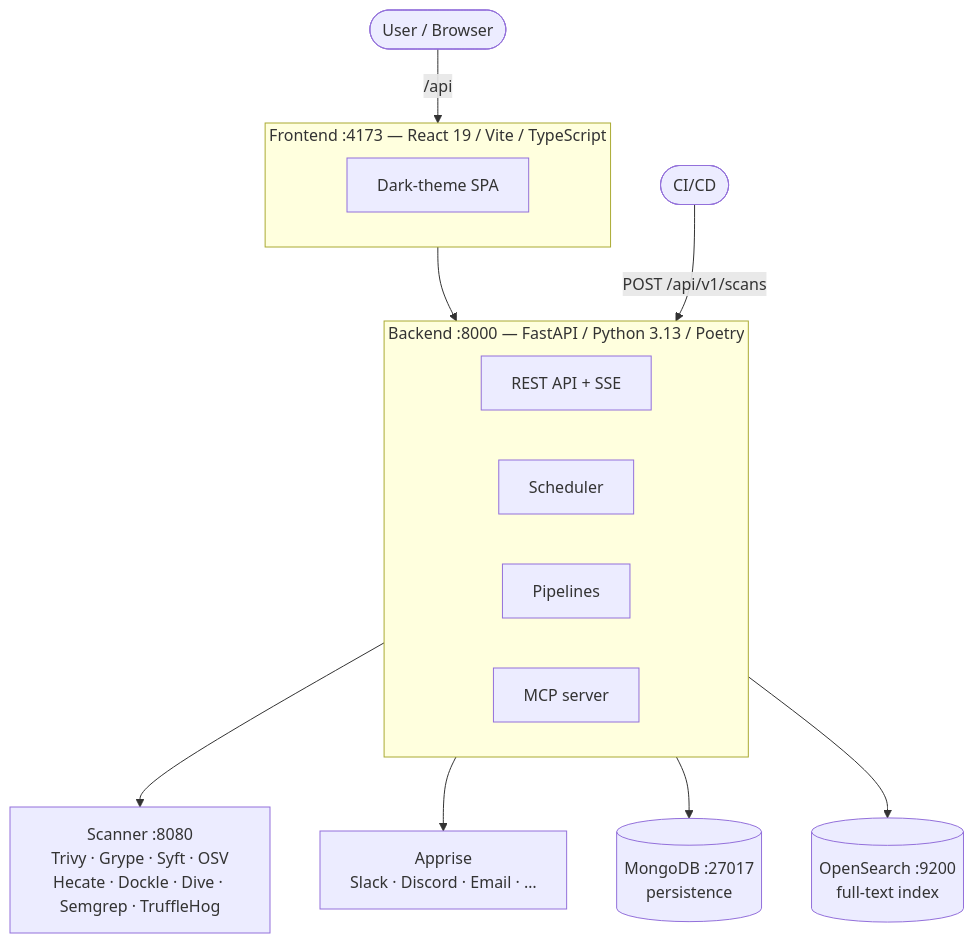
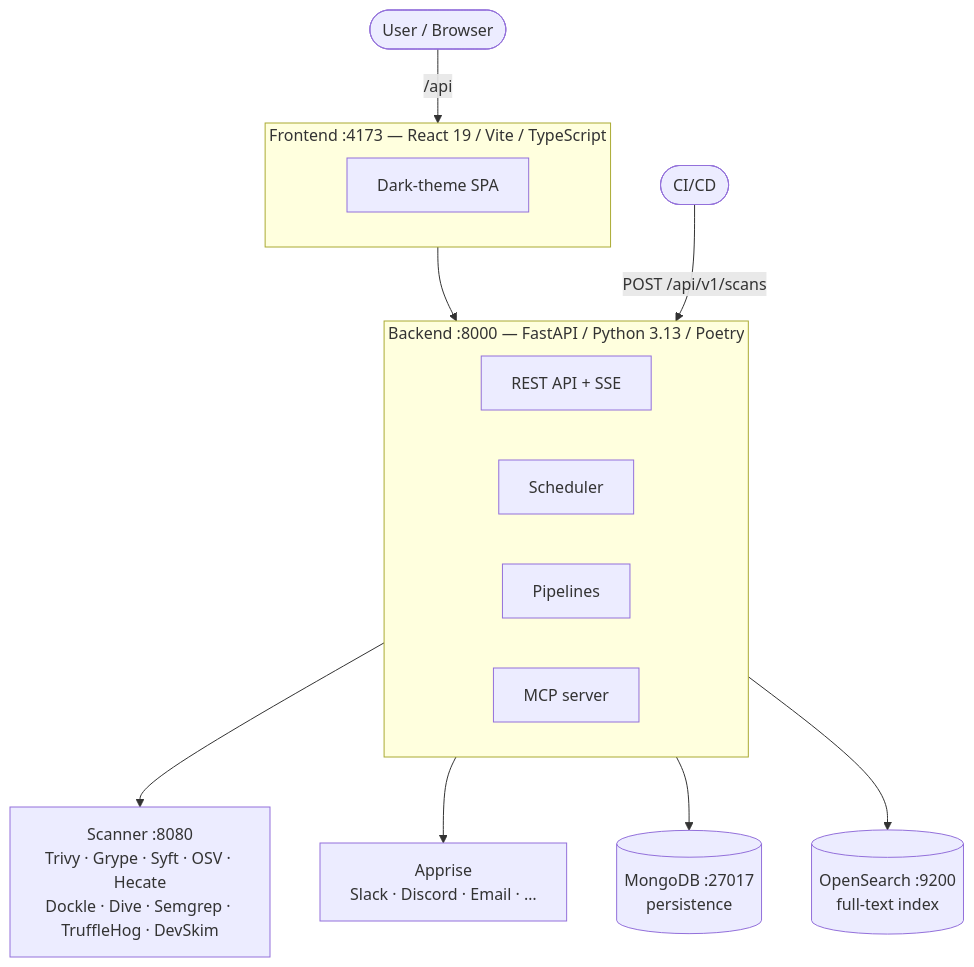
Before and after one commit to 0x3e4/hecate: the diagram in docs/architecture.md, drawn with Mermaid. The commit also changed other lines of this file and 11 other files, not shown here.

````diff
--- a/docs/architecture.md
+++ b/docs/architecture.md
@@ -17,30 +17,30 @@
 ```mermaid
 flowchart TB
     User([User / Browser])
     CICD([CI/CD])
 
     subgraph FE["Frontend :4173 — React 19 / Vite / TypeScript"]
         SPA[Dark-theme SPA]
     end
 
     subgraph BE["Backend :8000 — FastAPI / Python 3.13 / Poetry"]
         API[REST API + SSE]
         Sched[Scheduler]
         Pipe[Pipelines]
         MCP[MCP server]
     end
 
-    Scanner["Scanner :8080<br/>Trivy · Grype · Syft · OSV<br/>Hecate · Dockle · Dive · Semgrep · TruffleHog"]
+    Scanner["Scanner :8080<br/>Trivy · Grype · Syft · OSV · Hecate<br/>Dockle · Dive · Semgrep · TruffleHog · DevSkim"]
     Apprise["Apprise<br/>Slack · Discord · Email · …"]
 
     Mongo[("MongoDB :27017<br/>persistence")]
     OS[("OpenSearch :9200<br/>full-text index")]
 
     User -- "/api" --> FE
     FE --> BE
     CICD -- "POST /api/v1/scans" --> BE
     BE --> Scanner
     BE --> Apprise
     BE --> Mongo
     BE --> OS
 ```
````
